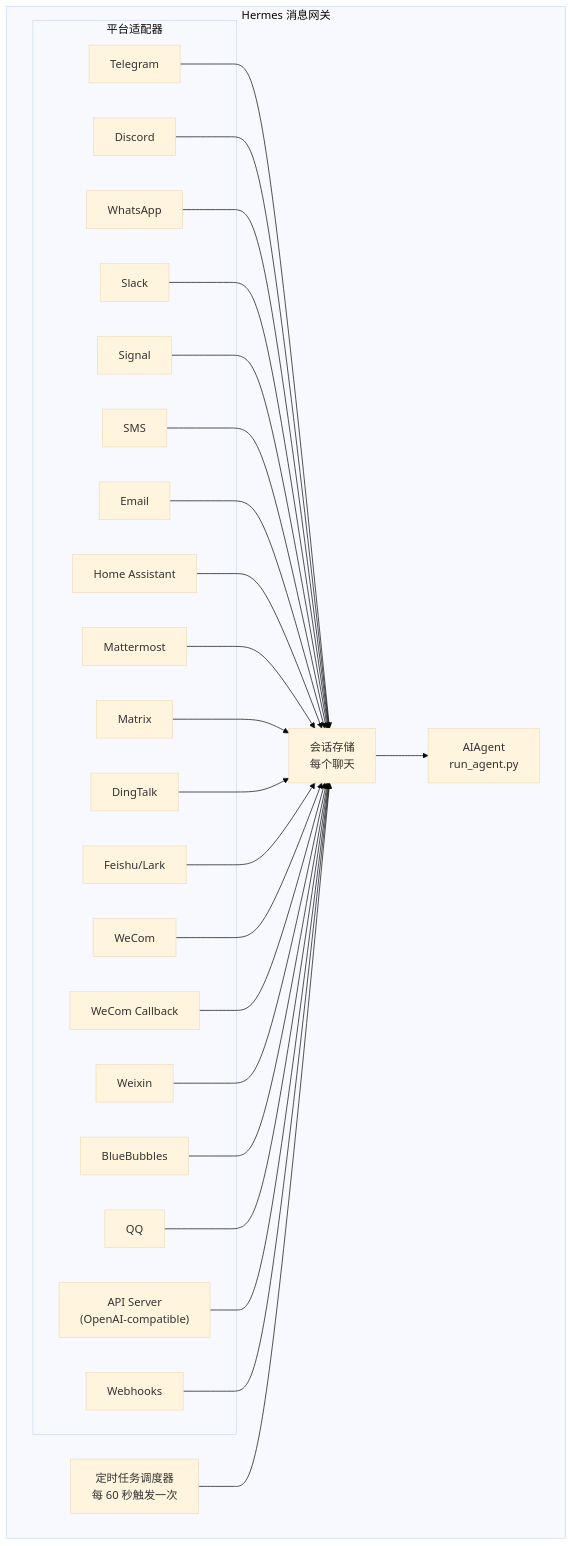
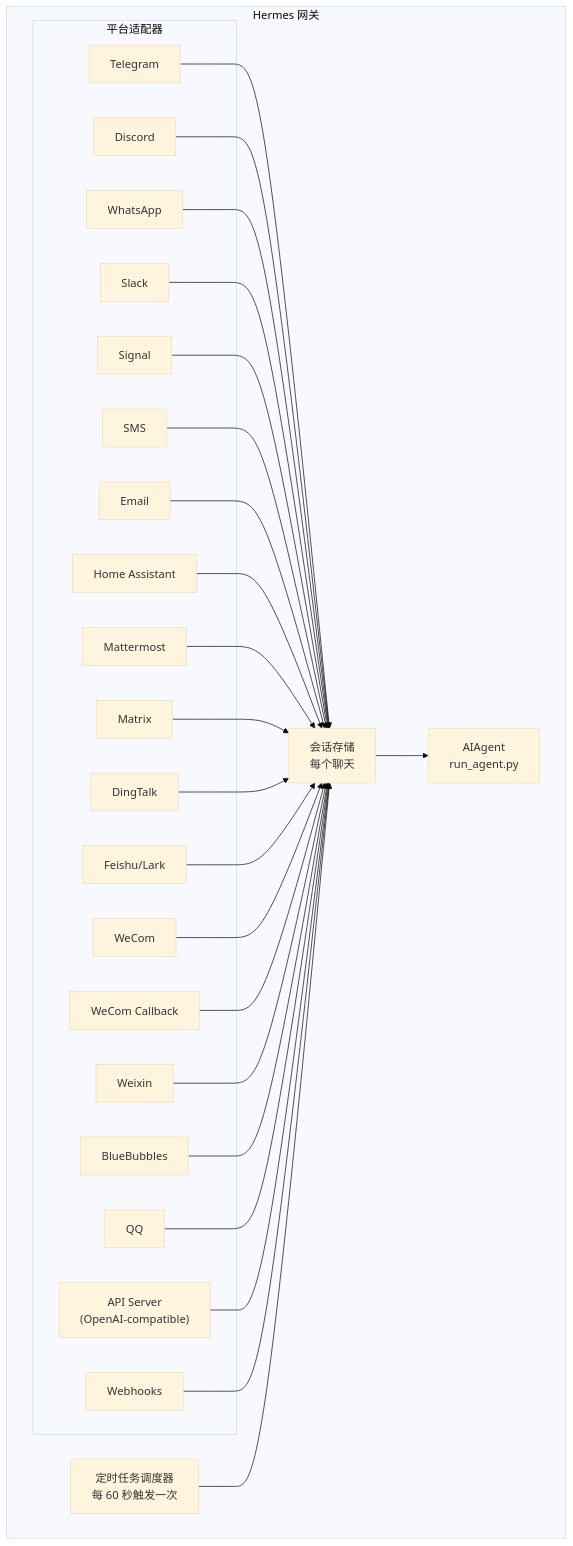
Before and after one commit to lyy0709/hermes-agent-zh: the diagram in translations/docs/user-guide/messaging/index.md, drawn with Mermaid (base theme). The commit also changed other lines of this file and 162 other files, not shown here.

````diff
--- a/translations/docs/user-guide/messaging/index.md
+++ b/translations/docs/user-guide/messaging/index.md
@@ -39,52 +39,52 @@
 ```mermaid
 flowchart TB
-    subgraph Gateway["Hermes 消息网关"]
+    subgraph Gateway["Hermes 网关"]
         subgraph Adapters["平台适配器"]
             tg[Telegram]
             dc[Discord]
             wa[WhatsApp]
             sl[Slack]
             sig[Signal]
             sms[SMS]
             em[Email]
             ha[Home Assistant]
             mm[Mattermost]
             mx[Matrix]
             dt[DingTalk]
     fs[Feishu/Lark]
     wc[WeCom]
     wcb[WeCom Callback]
     wx[Weixin]
     bb[BlueBubbles]
     qq[QQ]
             api["API Server<br/>(OpenAI-compatible)"]
             wh[Webhooks]
         end
 
         store["会话存储<br/>每个聊天"]
         agent["AIAgent<br/>run_agent.py"]
         cron["定时任务调度器<br/>每 60 秒触发一次"]
     end
 
     tg --> store
     dc --> store
     wa --> store
     sl --> store
     sig --> store
     sms --> store
     em --> store
     ha --> store
     mm --> store
     mx --> store
     dt --> store
     fs --> store
     wc --> store
     wcb --> store
     wx --> store
     bb --> store
     qq --> store
     api --> store
     wh --> store
     store --> agent
     cron --> store
 ```
````
